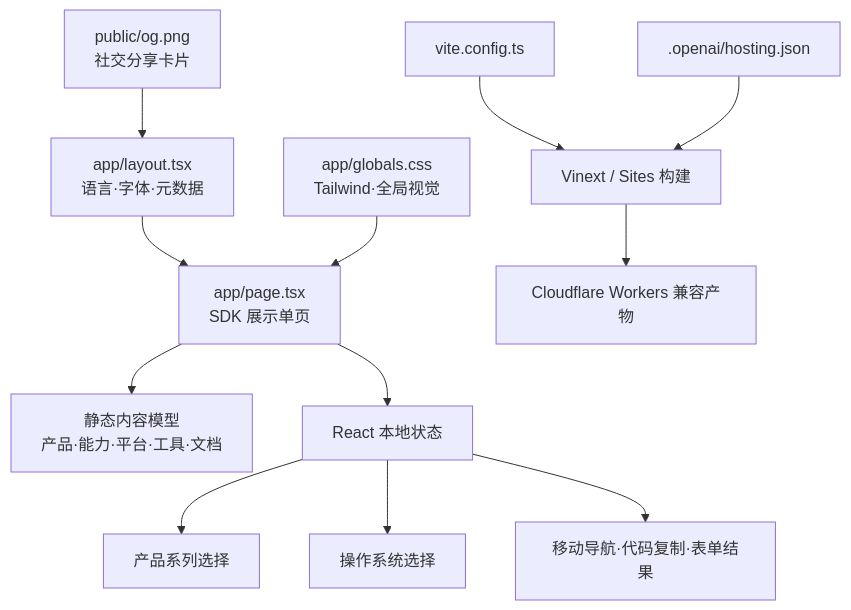
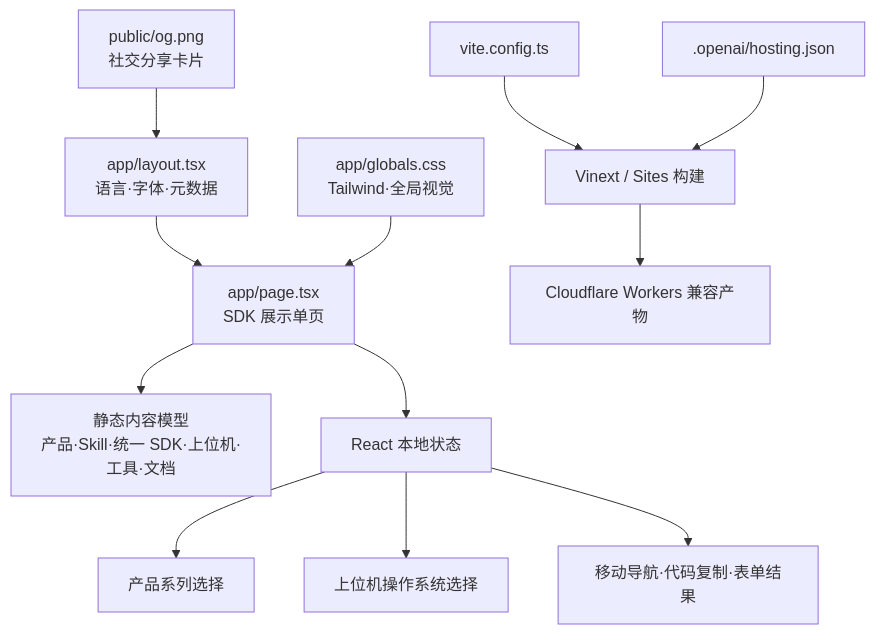
Before and after one commit to liudada118/shroomSDKWEB: the diagram in ARCHITECTURE.md, drawn with Mermaid. The commit also changed other lines of this file and 3 other files, not shown here.

Commit message:
Prioritize SDK Skill and separate desktop downloads

````diff
--- a/ARCHITECTURE.md
+++ b/ARCHITECTURE.md
@@ -59,14 +59,14 @@
 ```mermaid
 flowchart TD
     L[app/layout.tsx\n语言·字体·元数据] --> P[app/page.tsx\nSDK 展示单页]
     G[app/globals.css\nTailwind·全局视觉] --> P
     O[public/og.png\n社交分享卡片] --> L
-    P --> D[静态内容模型\n产品·能力·平台·工具·文档]
+    P --> D[静态内容模型\n产品·Skill·统一 SDK·上位机·工具·文档]
     P --> S[React 本地状态]
     S --> PS[产品系列选择]
-    S --> OS[操作系统选择]
+    S --> OS[上位机操作系统选择]
     S --> UI[移动导航·代码复制·表单结果]
     V[vite.config.ts] --> B[Vinext / Sites 构建]
     H[.openai/hosting.json] --> B
     B --> C[Cloudflare Workers 兼容产物]
 ```
````
